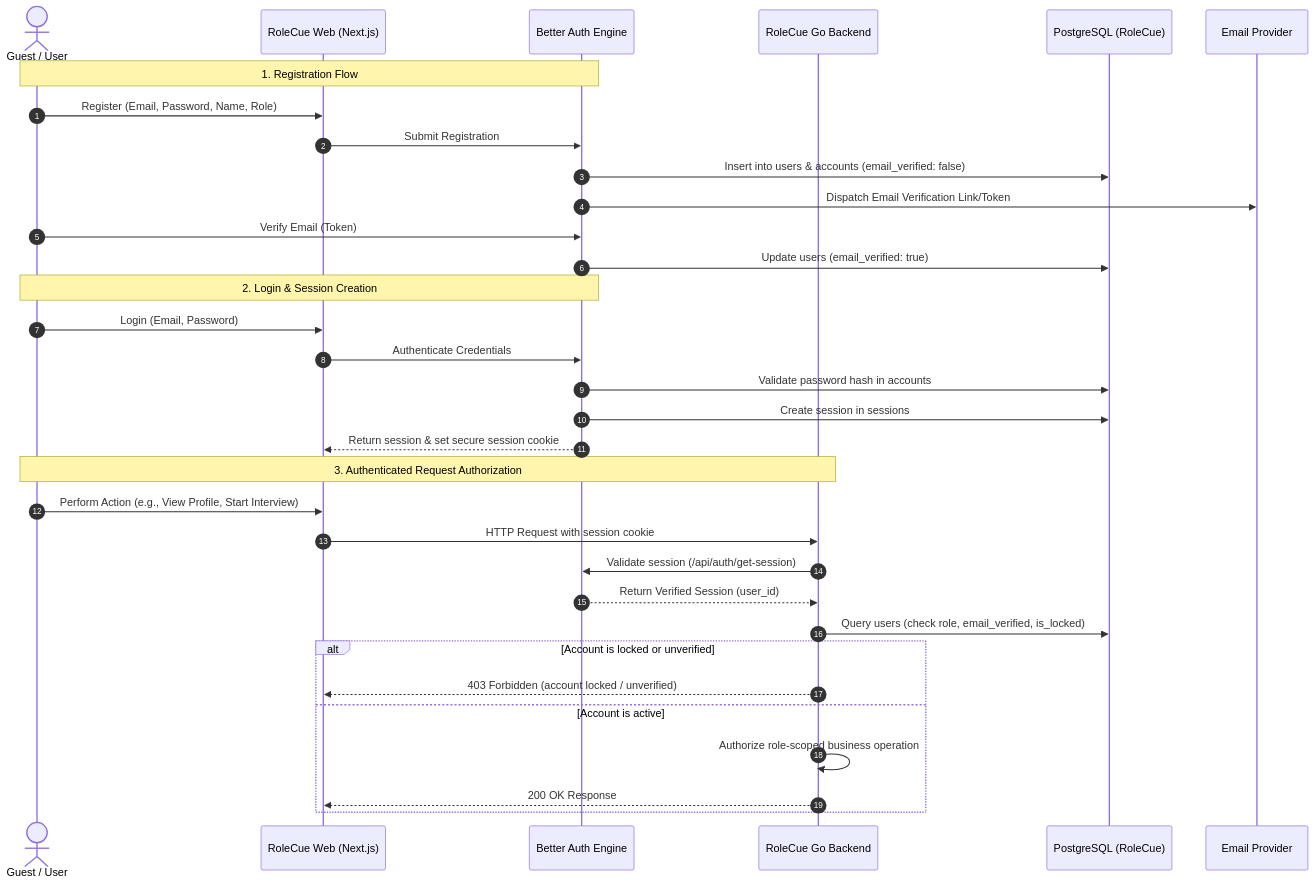
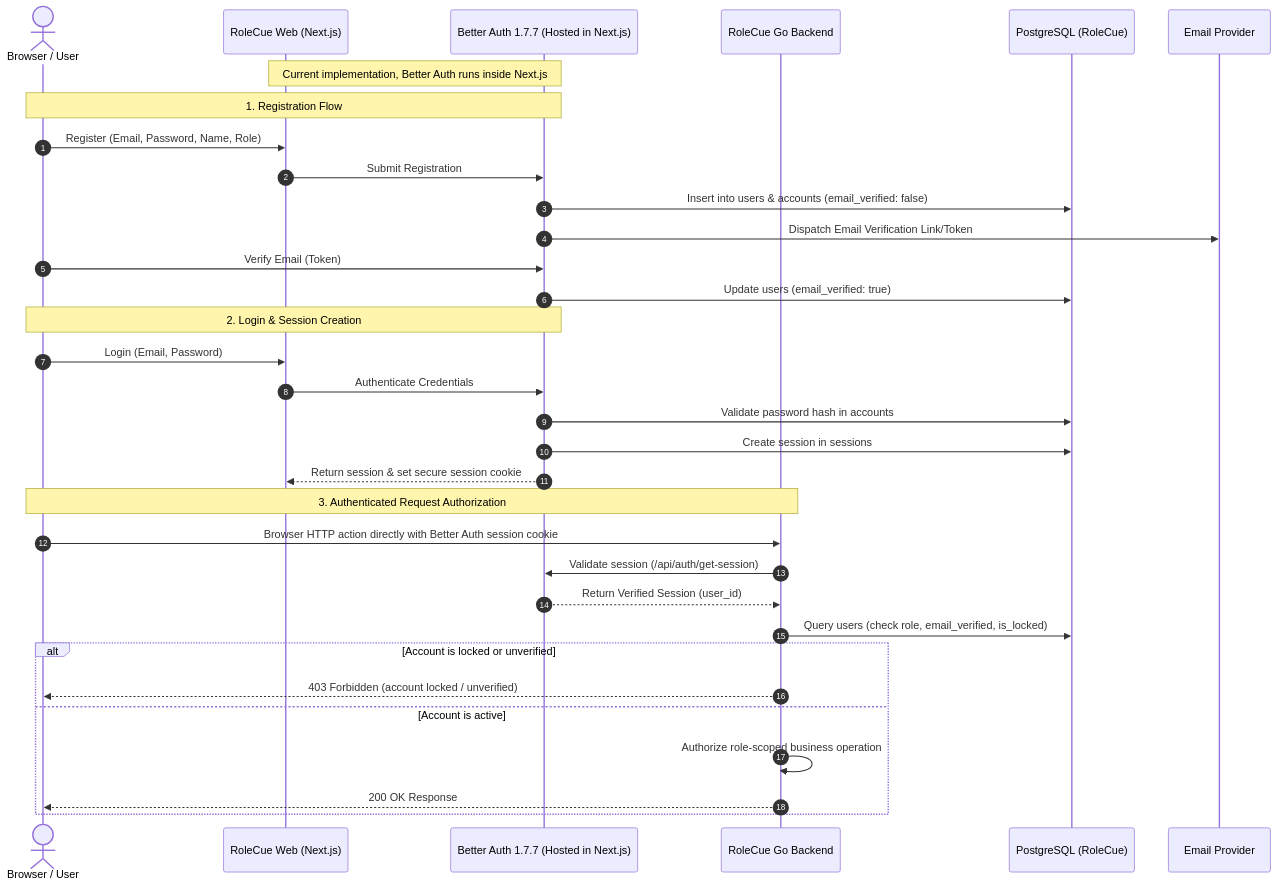
One commit to cog-forge/role-cue-brain changed the first of 2 diagrams in 01_Domains/Auth/README.md. Above: the diagram before and after it, drawn with Mermaid. The commit also changed other lines of this file and 8 other files, not shown here.

````diff
--- a/01_Domains/Auth/README.md
+++ b/01_Domains/Auth/README.md
@@ -63,38 +85,38 @@
 ```mermaid
 sequenceDiagram
     autonumber
-    actor User as Guest / User
+    actor User as Browser / User
     participant Frontend as RoleCue Web (Next.js)
-    participant BetterAuth as Better Auth Engine
+    participant BetterAuth as Better Auth 1.7.7 (Hosted in Next.js)
     participant GoAPI as RoleCue Go Backend
     participant DB as PostgreSQL (RoleCue)
     participant Mail as Email Provider
 
+    Note over Frontend,BetterAuth: Current implementation, Better Auth runs inside Next.js
     Note over User,BetterAuth: 1. Registration Flow
     User->>Frontend: Register (Email, Password, Name, Role)
     Frontend->>BetterAuth: Submit Registration
     BetterAuth->>DB: Insert into users & accounts (email_verified: false)
     BetterAuth->>Mail: Dispatch Email Verification Link/Token
     User->>BetterAuth: Verify Email (Token)
     BetterAuth->>DB: Update users (email_verified: true)
 
     Note over User,BetterAuth: 2. Login & Session Creation
     User->>Frontend: Login (Email, Password)
     Frontend->>BetterAuth: Authenticate Credentials
     BetterAuth->>DB: Validate password hash in accounts
     BetterAuth->>DB: Create session in sessions
     BetterAuth-->>Frontend: Return session & set secure session cookie
 
     Note over User,GoAPI: 3. Authenticated Request Authorization
-    User->>Frontend: Perform Action (e.g., View Profile, Start Interview)
-    Frontend->>GoAPI: HTTP Request with session cookie
+    User->>GoAPI: Browser HTTP action directly with Better Auth session cookie
     GoAPI->>BetterAuth: Validate session (/api/auth/get-session)
     BetterAuth-->>GoAPI: Return Verified Session (user_id)
     GoAPI->>DB: Query users (check role, email_verified, is_locked)
     alt Account is locked or unverified
-        GoAPI-->>Frontend: 403 Forbidden (account locked / unverified)
+        GoAPI-->>User: 403 Forbidden (account locked / unverified)
     else Account is active
         GoAPI->>GoAPI: Authorize role-scoped business operation
-        GoAPI-->>Frontend: 200 OK Response
+        GoAPI-->>User: 200 OK Response
     end
 ```
````
